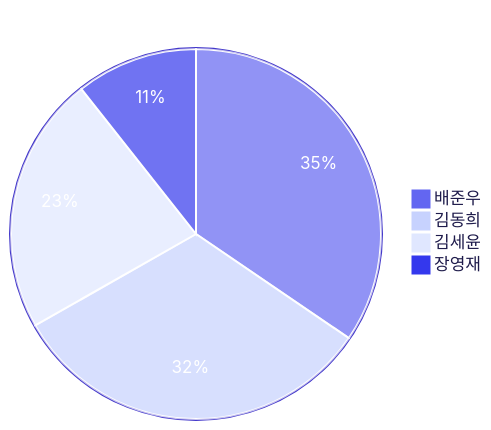
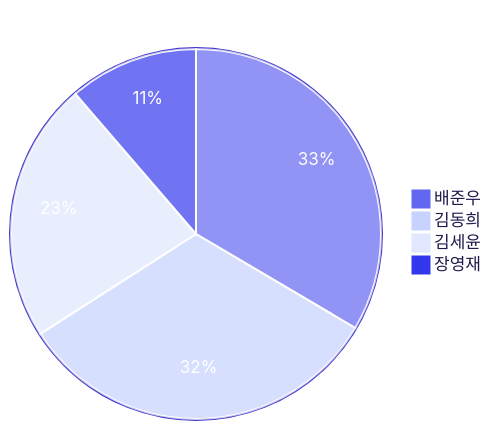
The third of 4 diagrams in README.md (3rd-project-team-1/ALYAC-market-team1), drawn with Mermaid before and after one commit. The commit also changed other lines of this file, not shown here.

Commit message:
docs: 커밋 활동 차트 자동 업데이트 [skip ci]

````diff
--- a/README.md
+++ b/README.md
@@ -431,17 +430,17 @@
 ```mermaid
 %%{init: { 'theme': 'base', 'themeVariables': {
   'primaryColor': '#6366f1',
   'primaryTextColor': '#ffffff',
   'primaryBorderColor': '#4338ca',
   'secondaryColor': '#c7d2fe',
   'tertiaryColor': '#e0e7ff',
   'pieLegendTextColor': '#1e1b4b',
   'pieStrokeColor': '#ffffff',
   'pieOuterStrokeColor': '#4338ca'
 } } }%%
 pie title 기여자별 커밋 수
-  "배준우" : 214
-  "김동희" : 200
-  "김세윤" : 140
-  "장영재" : 66
+  "배준우" : 225
+  "김동희" : 218
+  "김세윤" : 153
+  "장영재" : 76
 ```
````
